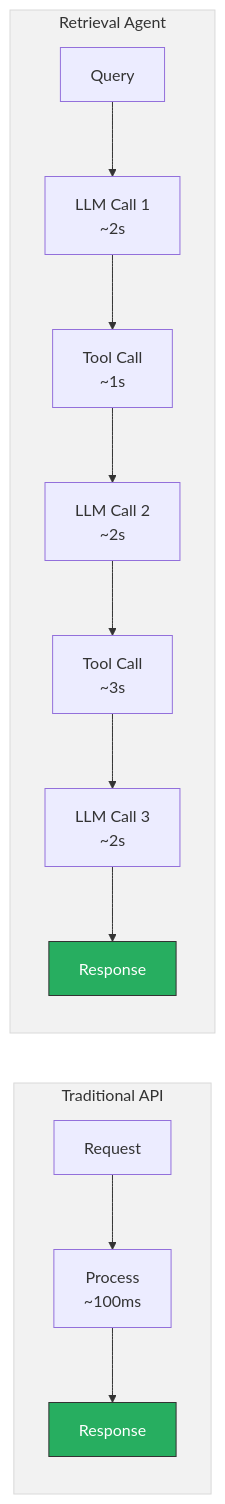
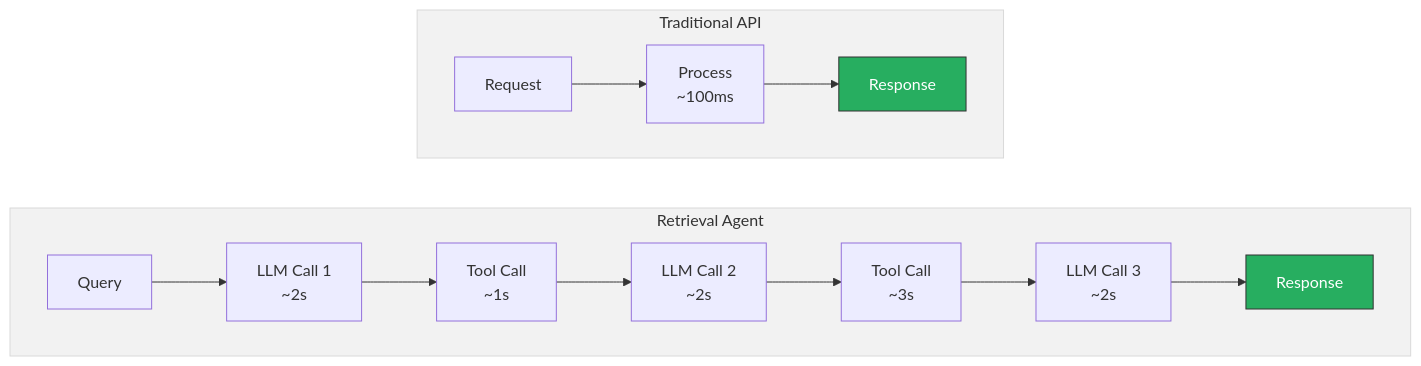
Before and after one commit to tanquangduong/tanquangduong.github.io: the first of 4 diagrams in posts/agent/Deploying-Retrieval-Agents-in-Production.qmd, drawn with Mermaid. The commit also changed 11 other files, not shown here.

````diff
--- a/posts/agent/Deploying-Retrieval-Agents-in-Production.qmd
+++ b/posts/agent/Deploying-Retrieval-Agents-in-Production.qmd
@@ -46,20 +46,22 @@
 ```{mermaid}
-graph LR
+graph TD
     subgraph Traditional["Traditional API"]
         A1["Request"] --> A2["Process<br/>~100ms"] --> A3["Response"]
     end
 
     subgraph Agent["Retrieval Agent"]
         B1["Query"] --> B2["LLM Call 1<br/>~2s"]
         B2 --> B3["Tool Call<br/>~1s"]
         B3 --> B4["LLM Call 2<br/>~2s"]
         B4 --> B5["Tool Call<br/>~3s"]
         B5 --> B6["LLM Call 3<br/>~2s"]
         B6 --> B7["Response"]
     end
 
+    Traditional ~~~ Agent
+
     style Traditional fill:#F2F2F2,stroke:#D9D9D9
     style Agent fill:#F2F2F2,stroke:#D9D9D9
     style A3 fill:#27ae60,color:#fff,stroke:#333
     style B7 fill:#27ae60,color:#fff,stroke:#333
 ```
````
